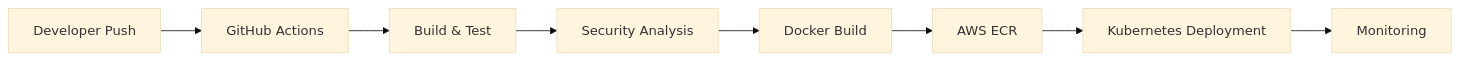
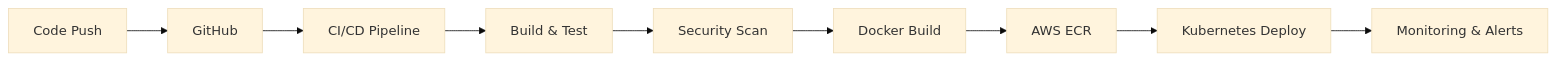
One commit to omkarbhete/omkarbhete changed the diagram in README.md. Above: the diagram before and after it, drawn with Mermaid (base theme). The commit also changed other lines of this file, not shown here.

````diff
--- a/README.md
+++ b/README.md
@@ -159,17 +183,19 @@
 ```mermaid
 flowchart LR
 
-A[Developer Push] --> B[GitHub Actions]
+A[Code Push] --> B[GitHub]
 
-B --> C[Build & Test]
+B --> C[CI/CD Pipeline]
 
-C --> D[Security Analysis]
+C --> D[Build & Test]
 
-D --> E[Docker Build]
+D --> E[Security Scan]
 
-E --> F[AWS ECR]
+E --> F[Docker Build]
 
-F --> G[Kubernetes Deployment]
+F --> G[AWS ECR]
 
-G --> H[Monitoring]
+G --> H[Kubernetes Deploy]
+
+H --> I[Monitoring & Alerts]
 ```
````
